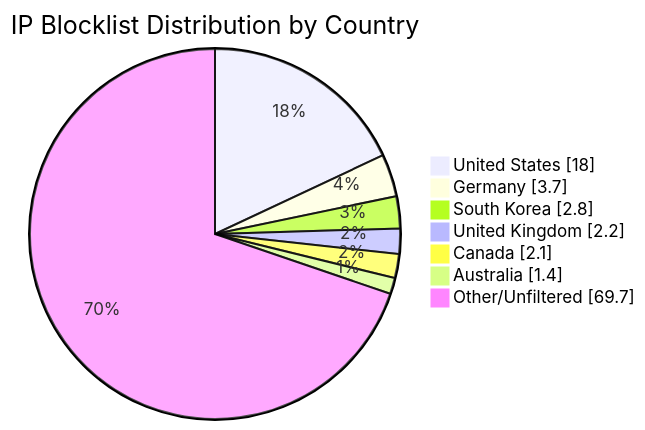
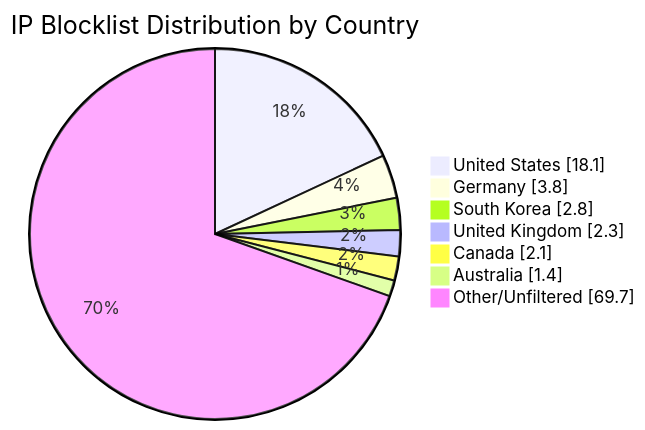
The diagram in README.md (MarcusHoltz/ipblocklist-geofiltered-aggregator), drawn with Mermaid before and after one commit. The commit also changed other lines of this file and 9 other files, not shown here.

````diff
--- a/README.md
+++ b/README.md
@@ -34,10 +34,10 @@
 ```mermaid
 pie showData title IP Blocklist Distribution by Country
-"United States" : 18.0
-"Germany" : 3.7
+"United States" : 18.1
+"Germany" : 3.8
 "South Korea" : 2.8
-"United Kingdom" : 2.2
+"United Kingdom" : 2.3
 "Canada" : 2.1
 "Australia" : 1.4
 "Other/Unfiltered" : 69.7
 ```
````
